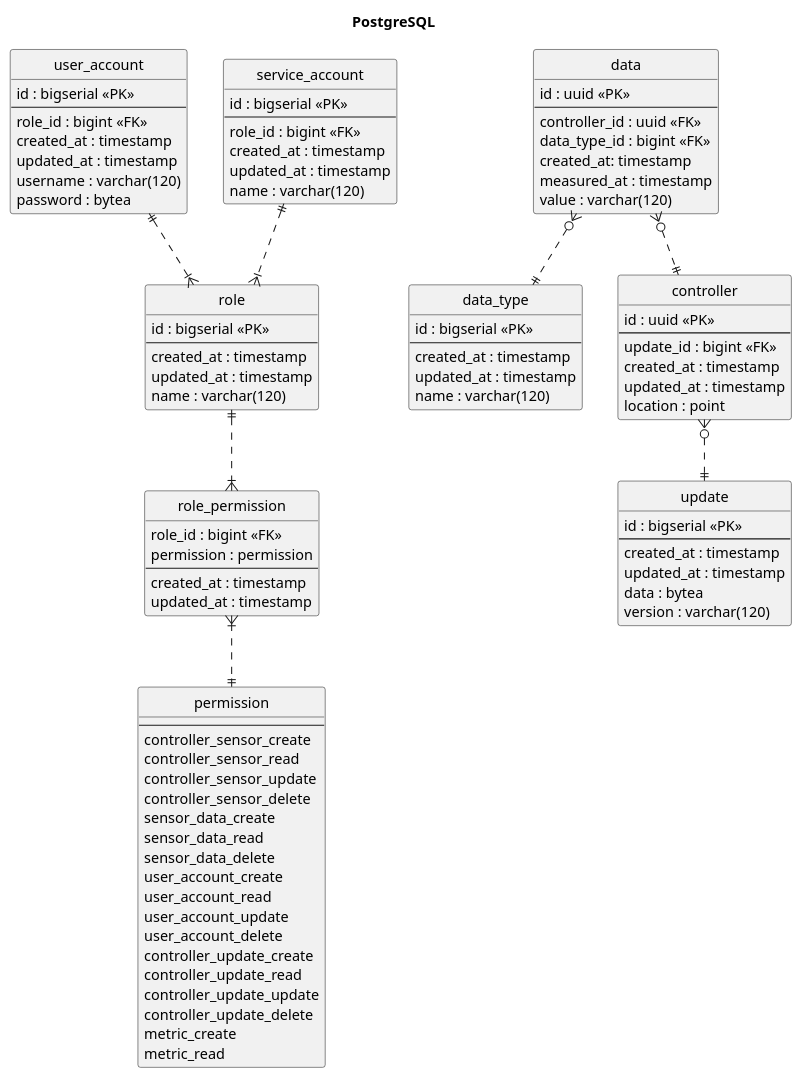
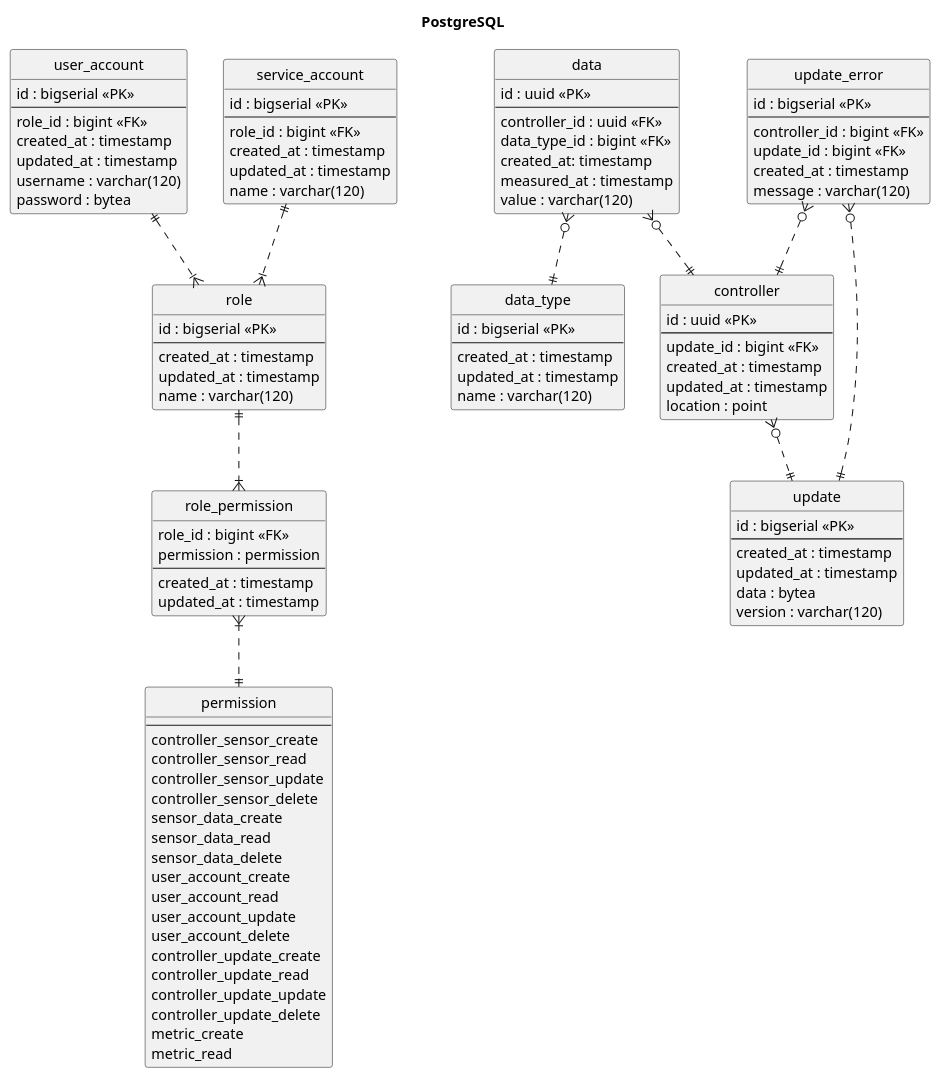
Before and after one commit to mdma-backend/mdma-backend: the diagram in docs/er-diagram-postgres.plantuml, drawn with PlantUML. The commit also changed 2 other files, not shown here.

Commit message:
feat: add update_error

```diff
--- a/docs/er-diagram-postgres.plantuml
+++ b/docs/er-diagram-postgres.plantuml
@@ -1,105 +1,116 @@
 @startuml PostgreSQL
 title PostgreSQL
 hide circle
 
 entity user_account {
     id : bigserial <<PK>>
     --
     role_id : bigint <<FK>>
     created_at : timestamp
     updated_at : timestamp
     username : varchar(120)
     password : bytea
 }
 
 entity service_account {
     id : bigserial <<PK>>
     --
     role_id : bigint <<FK>>
     created_at : timestamp
     updated_at : timestamp
     name : varchar(120)
 }
 
 entity role {
     id : bigserial <<PK>>
     --
     created_at : timestamp
     updated_at : timestamp
     name : varchar(120)
 }
 
 entity role_permission {
     role_id : bigint <<FK>>
     permission : permission
     --
     created_at : timestamp
     updated_at : timestamp
 }
 
 enum permission {
     --
     controller_sensor_create
     controller_sensor_read
     controller_sensor_update
     controller_sensor_delete
     sensor_data_create
     sensor_data_read
     sensor_data_delete
     user_account_create
     user_account_read
     user_account_update
     user_account_delete
     controller_update_create
     controller_update_read
     controller_update_update
     controller_update_delete
     metric_create
     metric_read
 }
 
 entity data {
     id : uuid <<PK>>
     --
     controller_id : uuid <<FK>>
     data_type_id : bigint <<FK>>
     created_at: timestamp
     measured_at : timestamp
     value : varchar(120)
 }
 
 entity data_type {
     id : bigserial <<PK>>
     --
     created_at : timestamp
     updated_at : timestamp
     name : varchar(120)
 }
 
 entity controller {
     id : uuid <<PK>>
     --
     update_id : bigint <<FK>>
     created_at : timestamp
     updated_at : timestamp
     location : point
 }
 
 entity update {
     id : bigserial <<PK>>
     --
     created_at : timestamp
     updated_at : timestamp
     data : bytea
     version : varchar(120)
 }
 
+entity update_error {
+    id : bigserial <<PK>>
+    --
+    controller_id : bigint <<FK>>
+    update_id : bigint <<FK>>
+    created_at : timestamp
+    message : varchar(120)
+}
+
 user_account ||..|{ role
 service_account ||..|{ role
 role ||..|{ role_permission
 role_permission }|..|| permission
 data }o..|| data_type
 data }o..|| controller
 controller }o..|| update
+update_error }o..|| controller
+update_error }o..|| update
 
 @enduml
```
